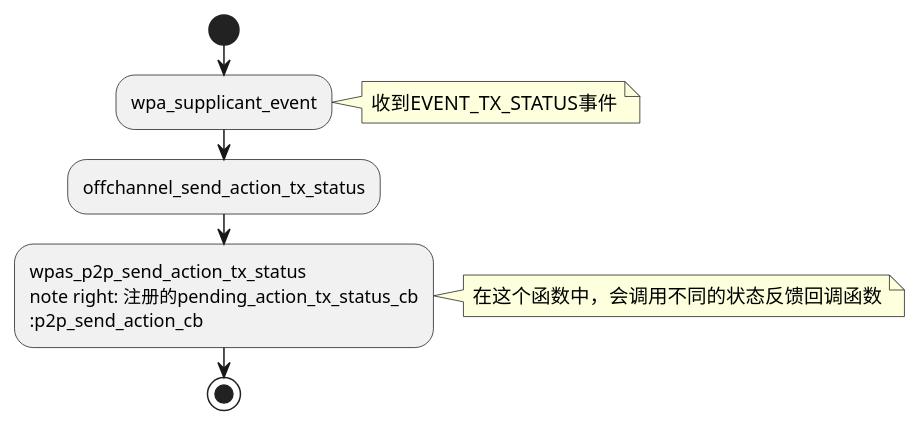
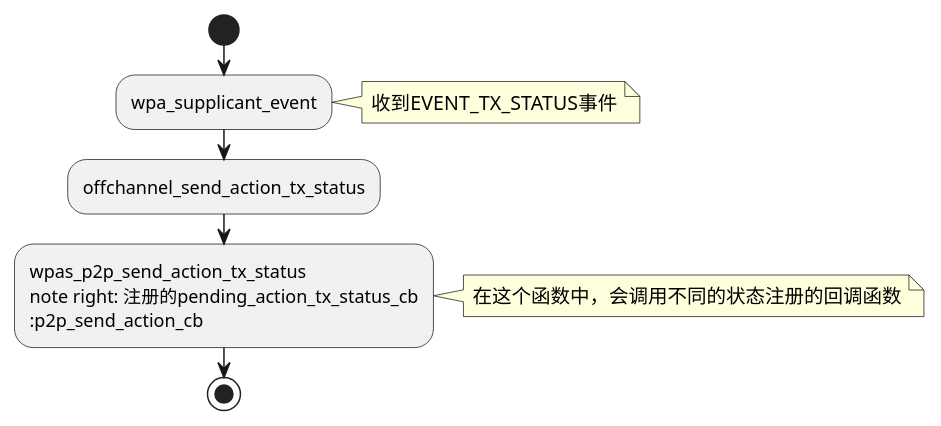
Diagram 12 of 12 in org/draft/wpa_supplicant学习要点记录.org (fuyajun1983cn/myplayground), drawn with PlantUML before and after one commit. The commit also changed other lines of this file and 22 other files, not shown here.

```diff
--- a/org/draft/wpa_supplicant学习要点记录.org
+++ b/org/draft/wpa_supplicant学习要点记录.org
@@ -1242,13 +1262,13 @@
         #+BEGIN_SRC plantuml :file ./images/2016/2016012902.png :cmdline -charset UTF-8
           @startuml
           start
           :wpa_supplicant_event;
           note right: 收到EVENT_TX_STATUS事件
           :offchannel_send_action_tx_status;
           :wpas_p2p_send_action_tx_status
           note right: 注册的pending_action_tx_status_cb
           :p2p_send_action_cb;
-          note right: 在这个函数中，会调用不同的状态反馈回调函数
+          note right: 在这个函数中，会调用不同的状态注册的回调函数
           stop
           @enduml
         #+END_SRC
```
